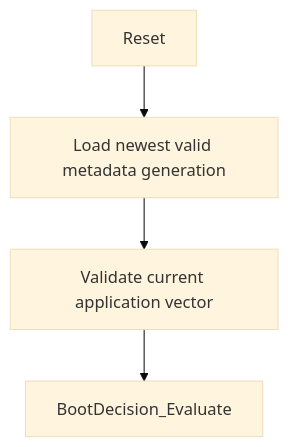
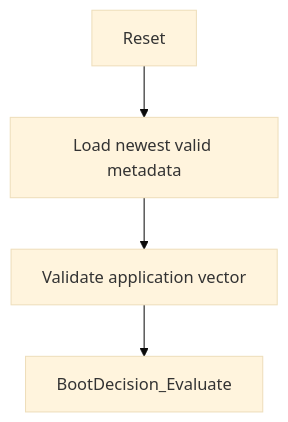
One commit to haikevins/secure-delta-ota-bootloader changed the diagram in node-stm32f103/README.md. Above: the diagram before and after it, drawn with Mermaid (base theme). The commit also changed other lines of this file and 11 other files, not shown here.

````diff
--- a/node-stm32f103/README.md
+++ b/node-stm32f103/README.md
@@ -56,6 +56,6 @@
 ```mermaid
 flowchart TB
-    R["Reset"] --> M["Load newest valid metadata generation"]
-    M --> V["Validate current application vector"]
+    R["Reset"] --> M["Load newest valid metadata"]
+    M --> V["Validate application vector"]
     V --> D["BootDecision_Evaluate"]
 ```
````
